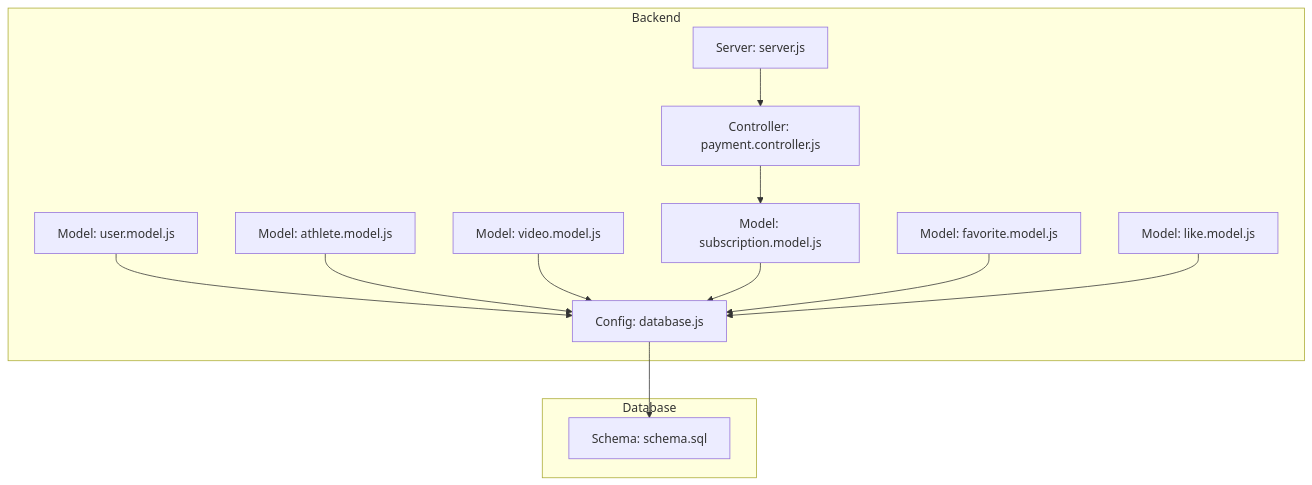
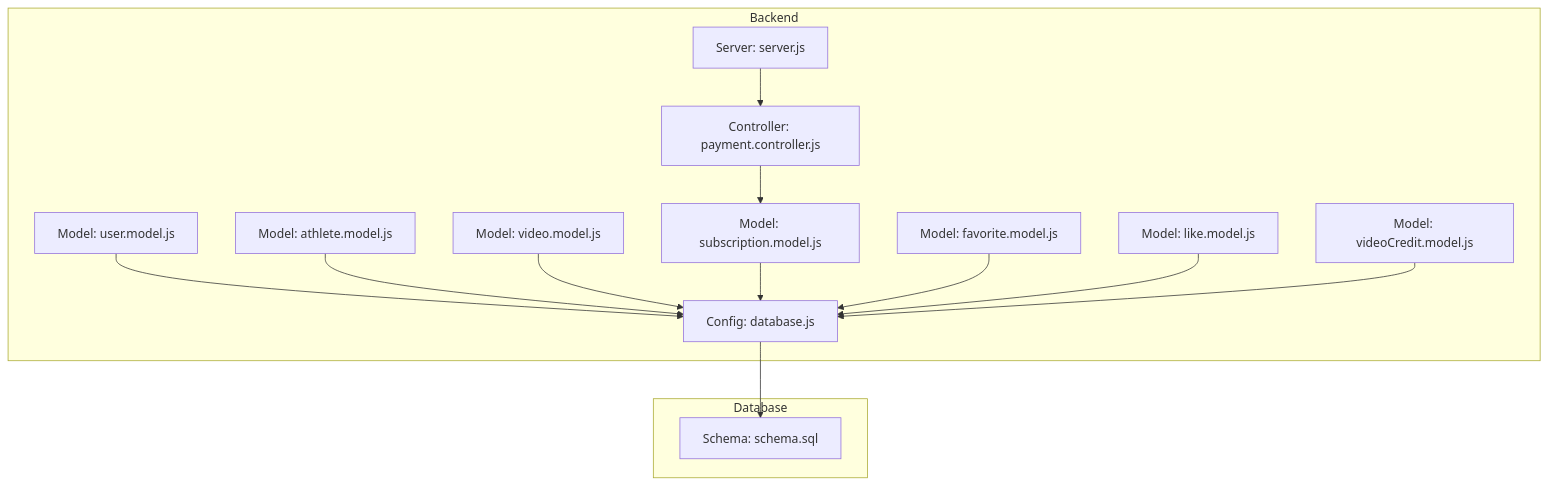
The first of 10 diagrams in .qoder/repowiki/en/content/Database Design/Data Models/Data Models.md (Alexandrexicara/craque-vision), drawn with Mermaid before and after one commit. The commit also changed other lines of this file and 10 other files, not shown here.

````diff
--- a/.qoder/repowiki/en/content/Database Design/Data Models/Data Models.md
+++ b/.qoder/repowiki/en/content/Database Design/Data Models/Data Models.md
@@ -34,26 +42,28 @@
 ```mermaid
 graph TB
 subgraph "Backend"
 CFG["Config: database.js"]
 UM["Model: user.model.js"]
 AM["Model: athlete.model.js"]
 VM["Model: video.model.js"]
 SM["Model: subscription.model.js"]
-FM["Model: favorite.model.js"]
-LM["Model: like.model.js"]
+FCM["Model: favorite.model.js"]
+LCM["Model: like.model.js"]
+VCM["Model: videoCredit.model.js"]
 PC["Controller: payment.controller.js"]
 SRV["Server: server.js"]
 end
 subgraph "Database"
 SCH["Schema: schema.sql"]
 end
 SRV --> PC
 PC --> SM
 UM --> CFG
 AM --> CFG
 VM --> CFG
 SM --> CFG
-FM --> CFG
-LM --> CFG
+FCM --> CFG
+LCM --> CFG
+VCM --> CFG
 CFG --> SCH
 ```
````
